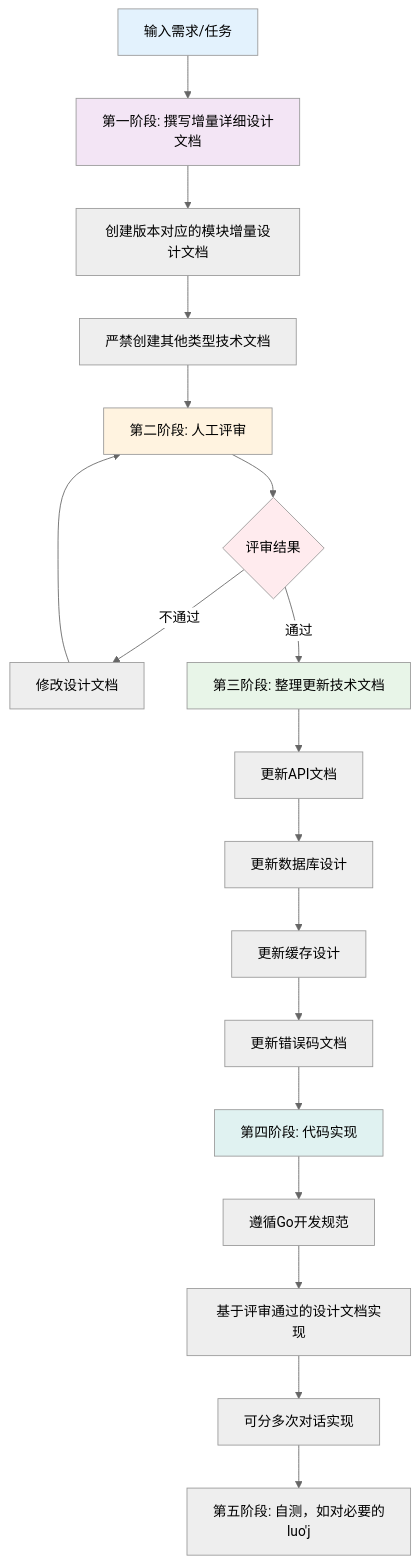
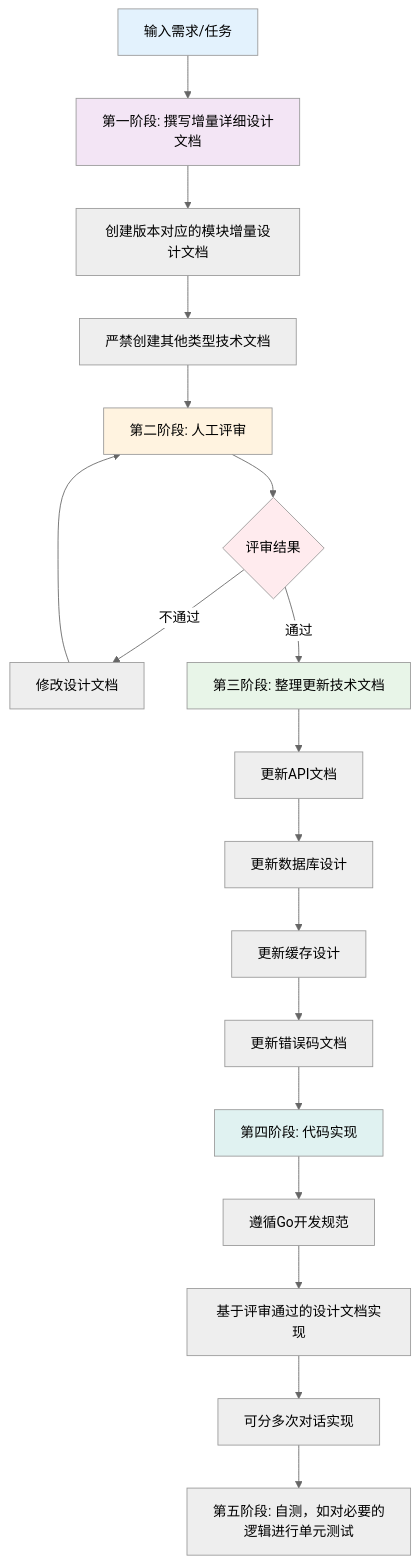
The diagram in all/未命名-1.md (yingjianzh/iodraw-files), drawn with Mermaid (neutral theme) before and after one commit.

Commit message:
2025-10-22 17:38:33 update

````diff
--- a/all/未命名-1.md
+++ b/all/未命名-1.md
@@ -1,29 +1,30 @@
 ```mermaid
 
 flowchart TD
     A[输入需求/任务] --> B[第一阶段: 撰写增量详细设计文档]
     B --> C[创建版本对应的模块增量设计文档]
     C --> D[严禁创建其他类型技术文档]
     D --> E[第二阶段: 人工评审]
     E --> F{评审结果}
     F -->|不通过| G[修改设计文档]
     G --> E
     F -->|通过| H[第三阶段: 整理更新技术文档]
     H --> I[更新API文档]
     I --> J[更新数据库设计]
     J --> K[更新缓存设计]
     K --> L[更新错误码文档]
     L --> M[第四阶段: 代码实现]
     M --> N[遵循Go开发规范]
     N --> O[基于评审通过的设计文档实现]
     O --> P[可分多次对话实现]
-    P --> R[第五阶段: 自测，如对必要的luo'j]
+    P --> R[第五阶段: 自测，如对必要的逻辑进行单元测试]
+    
     
     style A fill:#e3f2fd
     style B fill:#f3e5f5
     style E fill:#fff3e0
     style F fill:#ffebee
     style H fill:#e8f5e8
     style M fill:#e0f2f1
 
 ```
````
